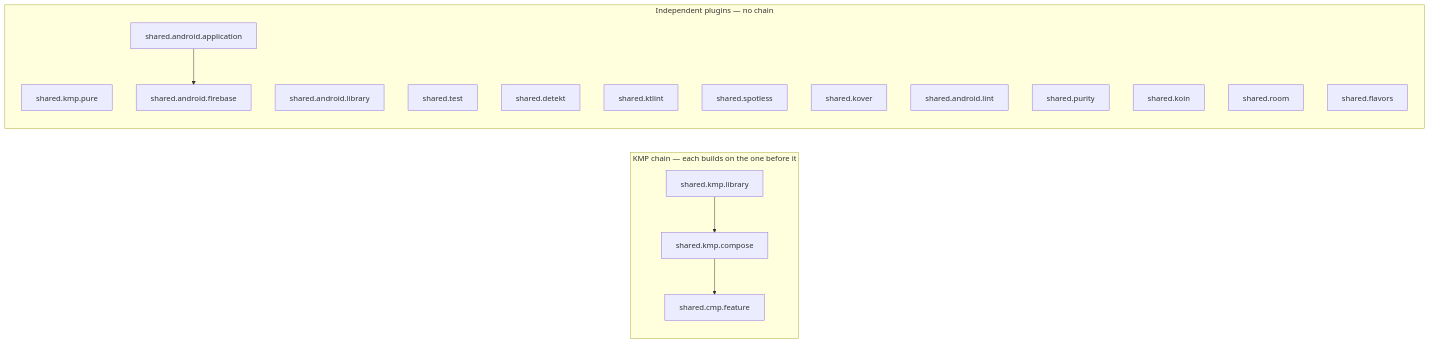
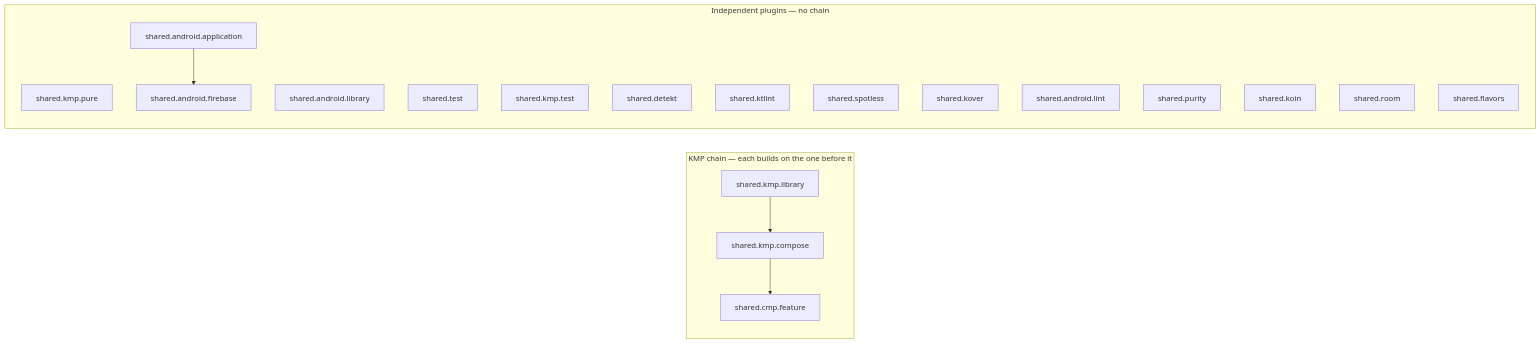
One commit to darkpandawarrior/kmp-build-logic changed the diagram in README.md. Above: the diagram before and after it, drawn with Mermaid. The commit also changed other lines of this file, not shown here.

````diff
--- a/README.md
+++ b/README.md
@@ -97,27 +133,28 @@
 ```mermaid
 graph LR
     subgraph chain["KMP chain — each builds on the one before it"]
         KL["shared.kmp.library"]
         KC["shared.kmp.compose"]
         CF["shared.cmp.feature"]
         KL --> KC --> CF
     end
 
     subgraph standalone["Independent plugins — no chain"]
         KP["shared.kmp.pure"]
         AA["shared.android.application"]
         AL["shared.android.library"]
         FB["shared.android.firebase"]
         T["shared.test"]
+        KT["shared.kmp.test"]
         DTK["shared.detekt"]
         KTL["shared.ktlint"]
         SPL["shared.spotless"]
         KOV["shared.kover"]
         LNT["shared.android.lint"]
         PUR["shared.purity"]
         KOI["shared.koin"]
         RM["shared.room"]
         FL["shared.flavors"]
         AA --> FB
     end
 ```
````
